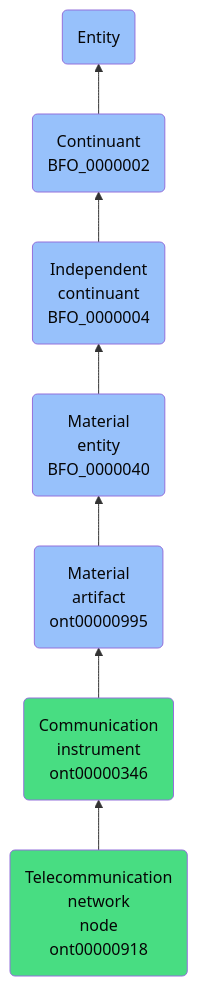
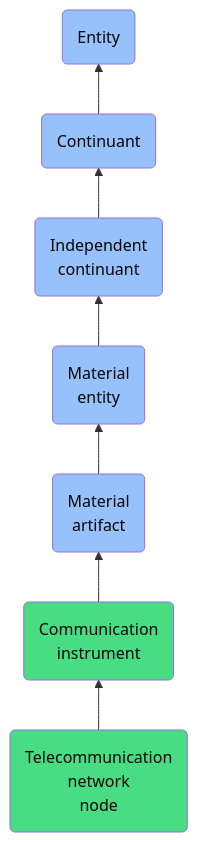
The diagram in docs/ontology/reference/model/Entity/Continuant/Independent continuant/Material entity/Material artifact/Communication instrument/Telecommunication network node/Telecommunication network node.md (jupyter-naas/abi), drawn with Mermaid before and after one commit. The commit also changed other lines of this file and 1430 other files, not shown here.

````diff
--- a/docs/ontology/reference/model/Entity/Continuant/Independent continuant/Material entity/Material artifact/Communication instrument/Telecommunication network node/Telecommunication network node.md
+++ b/docs/ontology/reference/model/Entity/Continuant/Independent continuant/Material entity/Material artifact/Communication instrument/Telecommunication network node/Telecommunication network node.md
@@ -24,14 +24,14 @@
 ```mermaid
 graph BT
-    ont00000918(Telecommunication<br>network<br>node<br>ont00000918):::ABI-->ont00000346
-    ont00000346(Communication<br>instrument<br>ont00000346):::ABI-->ont00000995
-    ont00000995(Material<br>artifact<br>ont00000995):::BFO-->BFO_0000040
-    BFO_0000040(Material<br>entity<br>BFO_0000040):::BFO-->BFO_0000004
-    BFO_0000004(Independent<br>continuant<br>BFO_0000004):::BFO-->BFO_0000002
-    BFO_0000002(Continuant<br>BFO_0000002):::BFO-->BFO_0000001
+    ont00000918(Telecommunication<br>network<br>node):::ABI-->ont00000346
+    ont00000346(Communication<br>instrument):::ABI-->ont00000995
+    ont00000995(Material<br>artifact):::BFO-->BFO_0000040
+    BFO_0000040(Material<br>entity):::BFO-->BFO_0000004
+    BFO_0000004(Independent<br>continuant):::BFO-->BFO_0000002
+    BFO_0000002(Continuant):::BFO-->BFO_0000001
     BFO_0000001(Entity):::BFO
     
     classDef BFO fill:#97c1fb,color:#060606
     classDef CCO fill:#e4c51e,color:#060606
     classDef ABI fill:#48DD82,color:#060606
 ```
````
